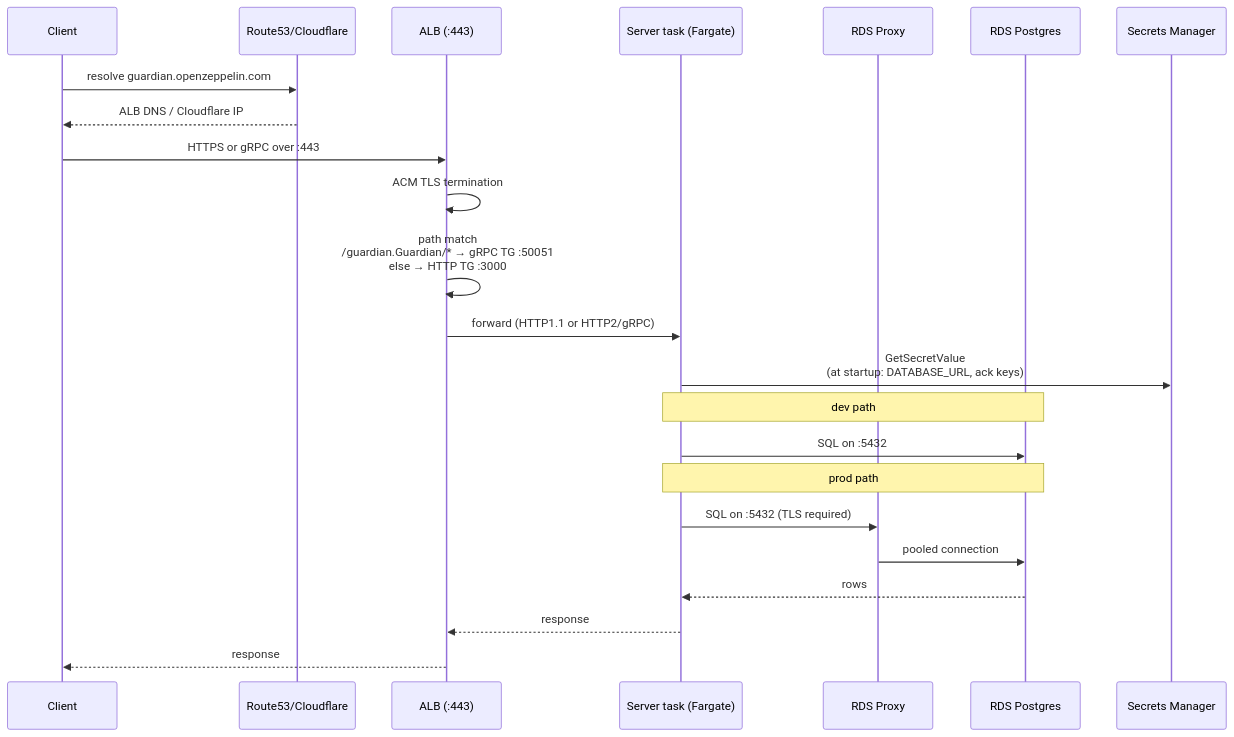
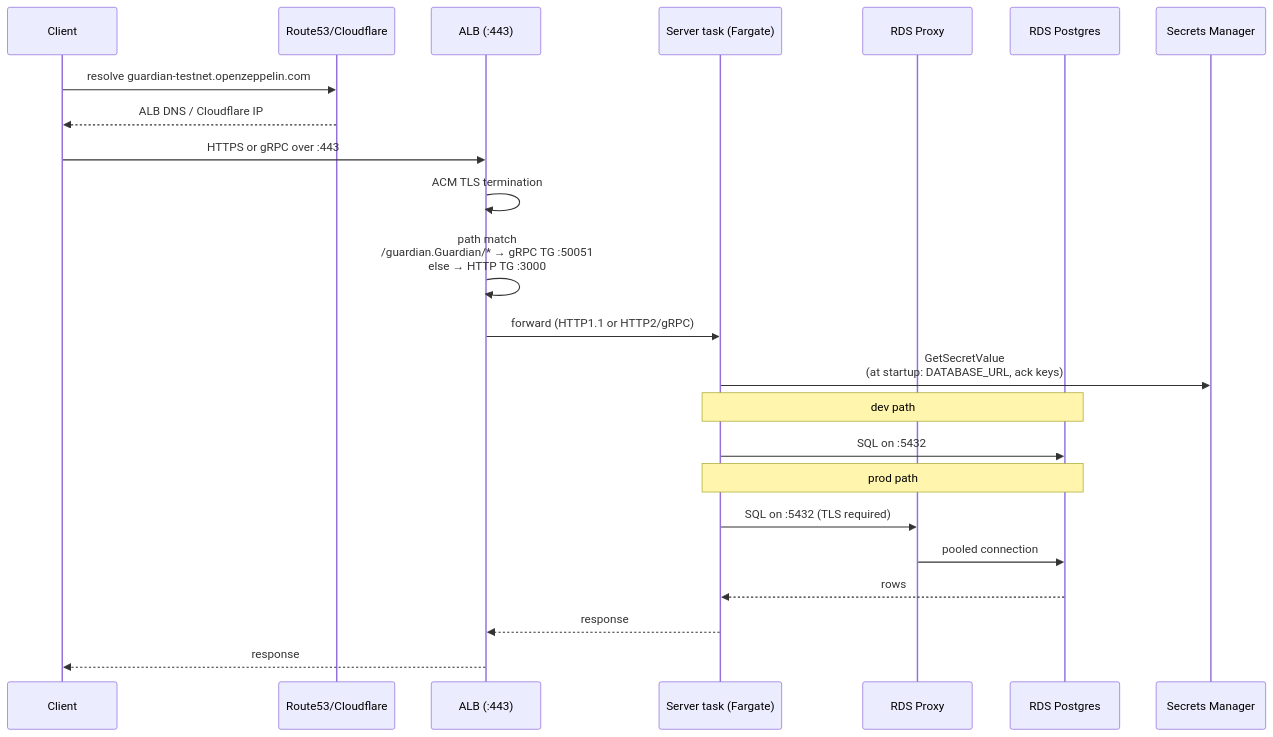
One commit to OpenZeppelin/guardian changed the second of 4 diagrams in docs/architecture/infra.md. Above: the diagram before and after it, drawn with Mermaid. The commit also changed other lines of this file and 16 other files, not shown here.

````diff
--- a/docs/architecture/infra.md
+++ b/docs/architecture/infra.md
@@ -90,26 +90,26 @@
 ```mermaid
 sequenceDiagram
   participant C as Client
   participant DNS as Route53/Cloudflare
   participant ALB as ALB (:443)
   participant S as Server task (Fargate)
   participant P as RDS Proxy
   participant DB as RDS Postgres
   participant SM as Secrets Manager
 
-  C->>DNS: resolve guardian.openzeppelin.com
+  C->>DNS: resolve guardian-testnet.openzeppelin.com
   DNS-->>C: ALB DNS / Cloudflare IP
   C->>ALB: HTTPS or gRPC over :443
   ALB->>ALB: ACM TLS termination
   ALB->>ALB: path match<br/>/guardian.Guardian/* → gRPC TG :50051<br/>else → HTTP TG :3000
   ALB->>S: forward (HTTP1.1 or HTTP2/gRPC)
   S->>SM: GetSecretValue<br/>(at startup: DATABASE_URL, ack keys)
   Note over S,DB: dev path
   S->>DB: SQL on :5432
   Note over S,DB: prod path
   S->>P: SQL on :5432 (TLS required)
   P->>DB: pooled connection
   DB-->>S: rows
   S-->>ALB: response
   ALB-->>C: response
 ```
````
